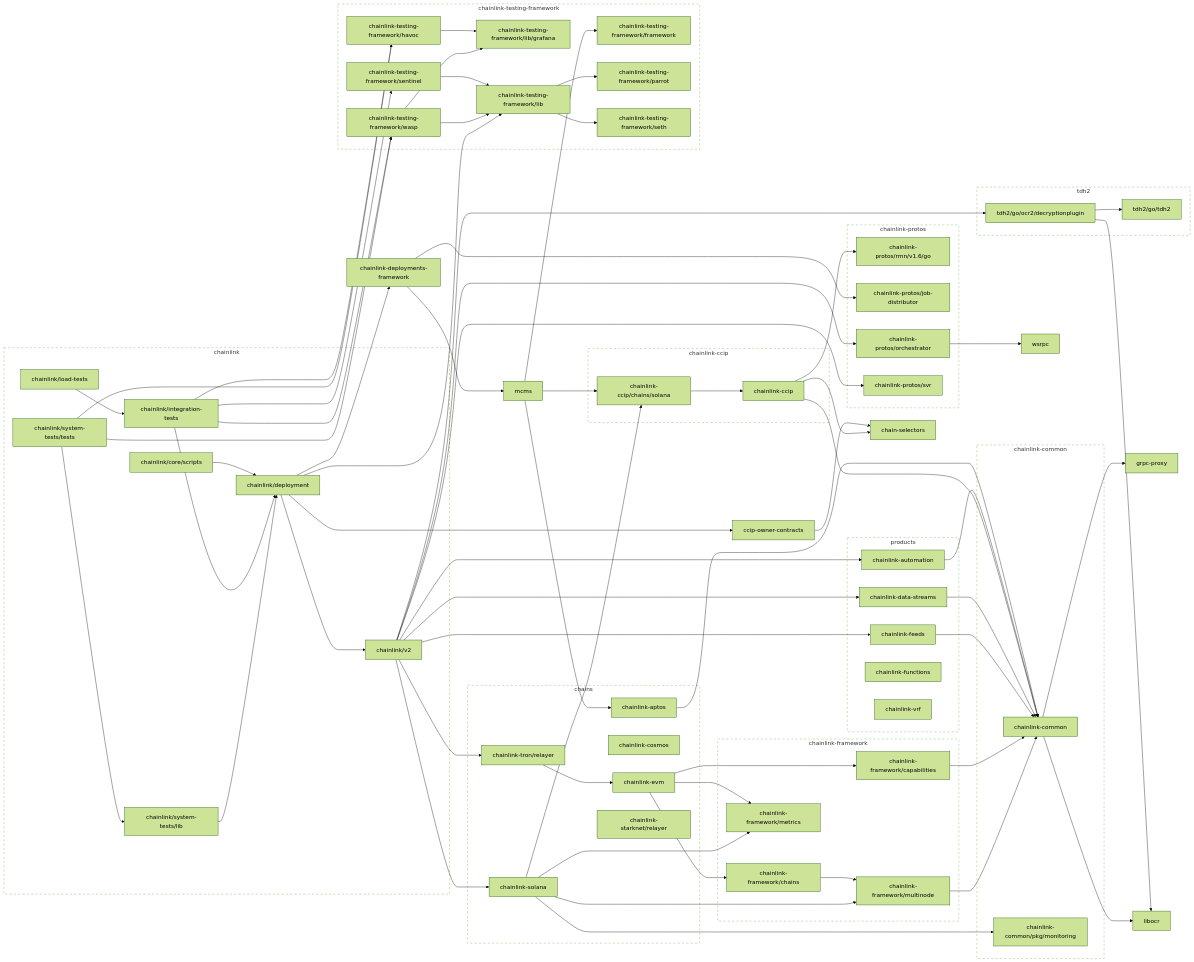
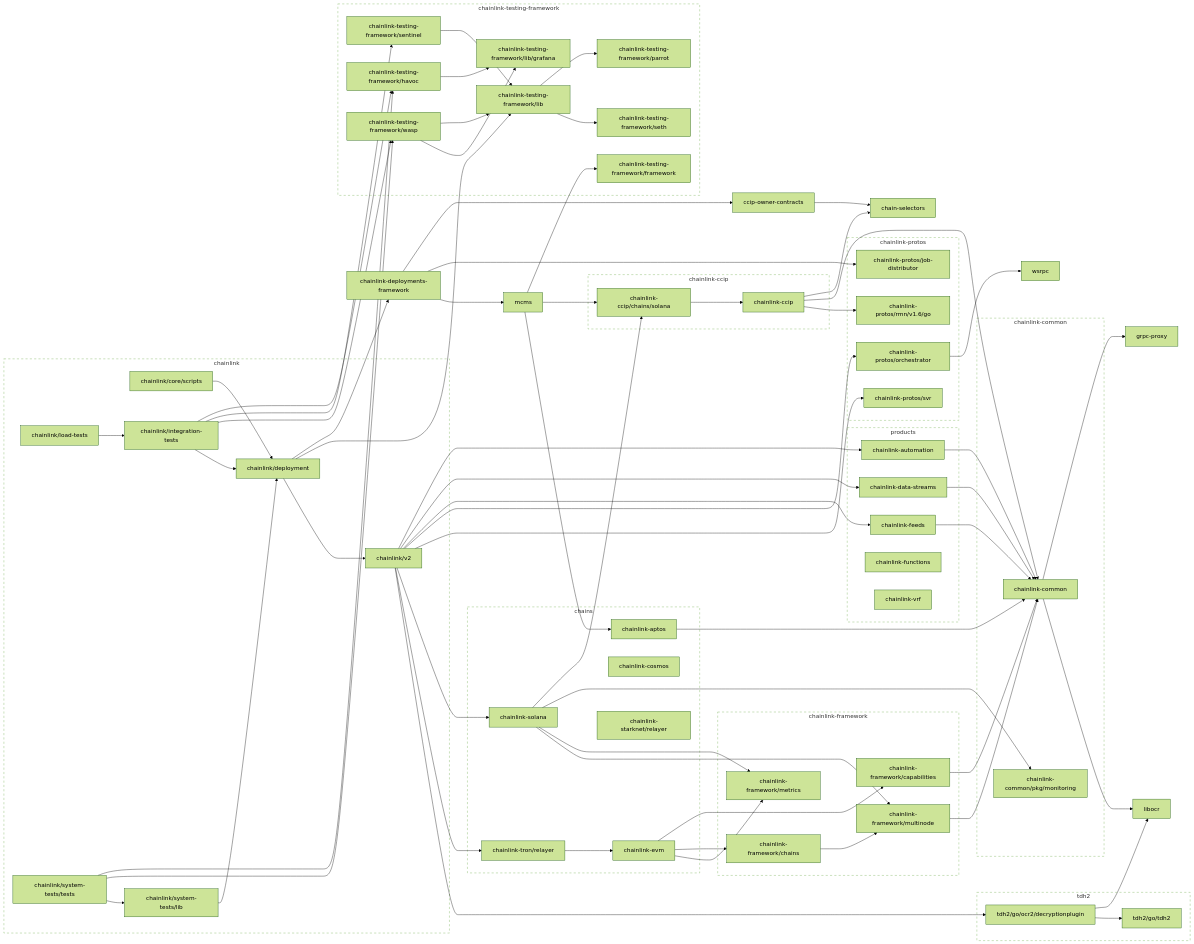
One commit to JohnDaWalka/chainlink changed the second of 2 diagrams in go.md. Above: the diagram before and after it, drawn with Mermaid (forest theme).

Commit message:
update modgraph

```diff
--- a/go.md
+++ b/go.md
@@ -167,6 +167,7 @@
 	click chainlink-common/pkg/monitoring href "https://github.com/smartcontractkit/chainlink-common"
 	chainlink-data-streams --> chainlink-common
 	click chainlink-data-streams href "https://github.com/smartcontractkit/chainlink-data-streams"
+	chainlink-deployments-framework --> ccip-owner-contracts
 	chainlink-deployments-framework --> chainlink-protos/job-distributor
 	chainlink-deployments-framework --> mcms
 	click chainlink-deployments-framework href "https://github.com/smartcontractkit/chainlink-deployments-framework"
@@ -219,7 +220,6 @@
 	click chainlink-tron/relayer href "https://github.com/smartcontractkit/chainlink-tron"
 	chainlink/core/scripts --> chainlink/deployment
 	click chainlink/core/scripts href "https://github.com/smartcontractkit/chainlink"
-	chainlink/deployment --> ccip-owner-contracts
 	chainlink/deployment --> chainlink-deployments-framework
 	chainlink/deployment --> chainlink-testing-framework/lib
 	chainlink/deployment --> chainlink/v2
```
